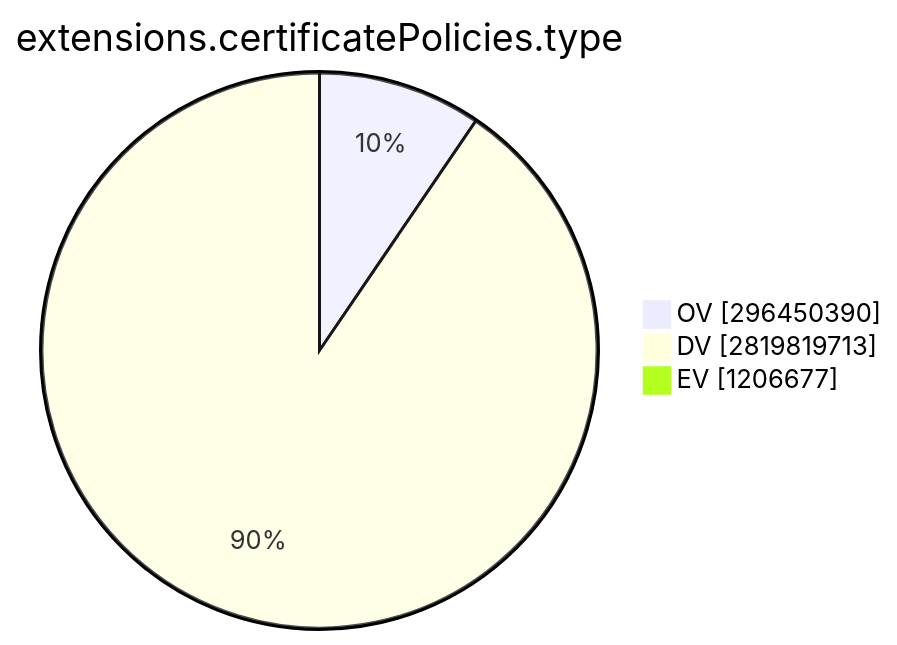
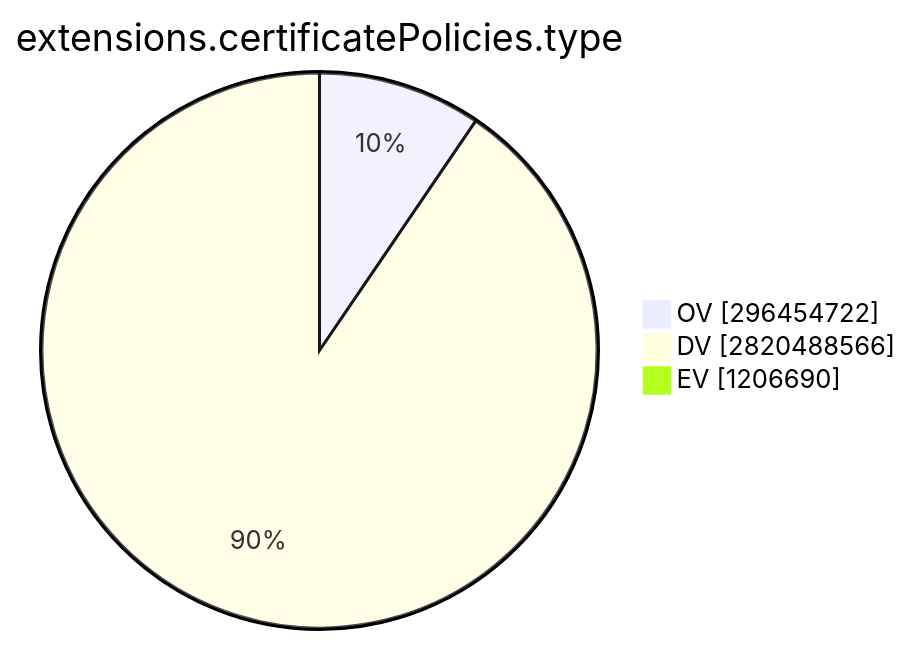
The ninth of 15 diagrams in TOTAL/README.md (christiankrug/ctmonitor_visualization), drawn with Mermaid before and after one commit. The commit also changed other lines of this file, not shown here.

````diff
--- a/TOTAL/README.md
+++ b/TOTAL/README.md
@@ -3099,7 +3099,7 @@
 ```mermaid
 pie showData
 title extensions.certificatePolicies.type
-"OV" :296450390
-"DV" :2819819713
-"EV" :1206677
+"OV" :296454722
+"DV" :2820488566
+"EV" :1206690
 ```
````
